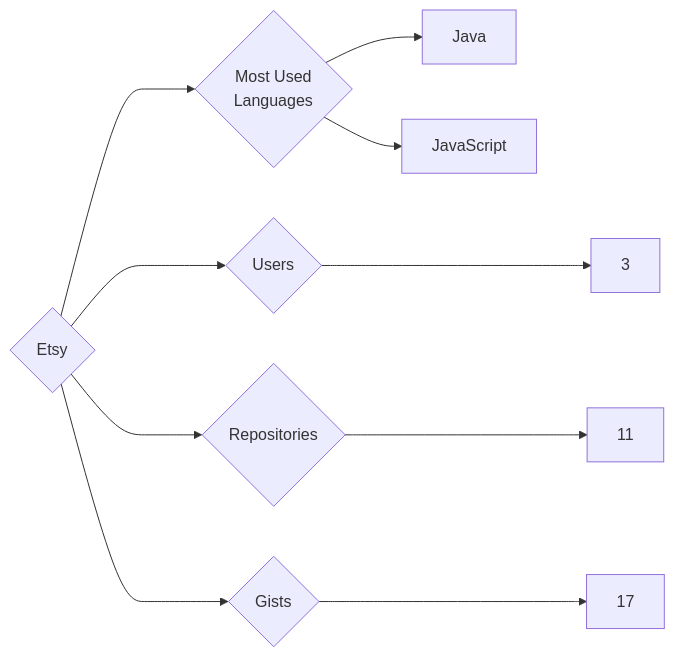
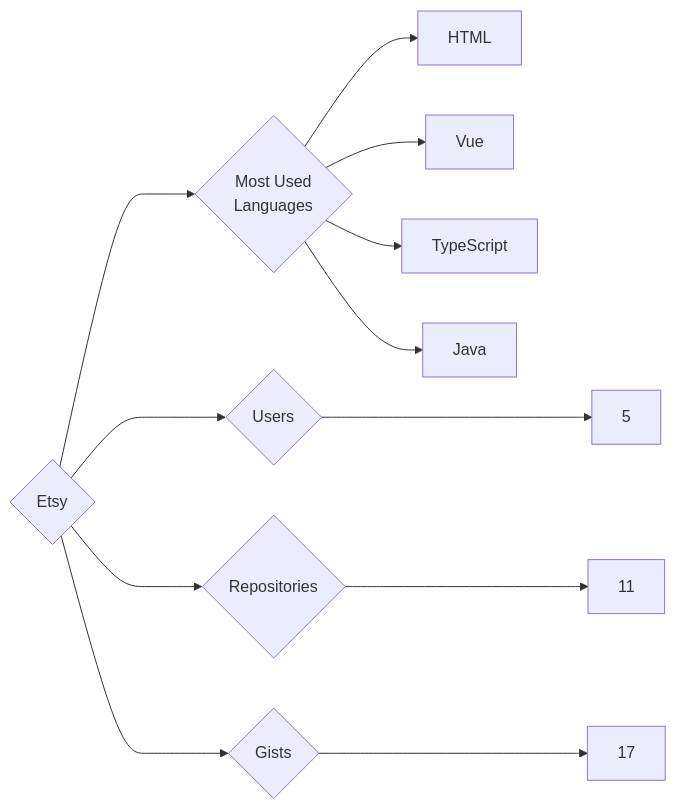
The diagram in targets/Etsy/README.md (trickest/insiders), drawn with Mermaid before and after one commit. The commit also changed 1055 other files, not shown here.

````diff
--- a/targets/Etsy/README.md
+++ b/targets/Etsy/README.md
@@ -3,10 +3,12 @@
 ```mermaid
 graph LR
 COMPANY_NAME{Etsy}
-COMPANY_NAME ---> U{Users} ---> UN[3]
+COMPANY_NAME ---> U{Users} ---> UN[5]
 COMPANY_NAME ---> R{Repositories} ---> RN[11]
 COMPANY_NAME ---> G{Gists} ---> GN[17]
 COMPANY_NAME ---> ML{Most Used<br>Languages}
+ML --> HTML[HTML]
+ML --> Vue[Vue]
+ML --> TypeScript[TypeScript]
 ML --> Java[Java]
-ML --> JavaScript[JavaScript]
 ```
````
